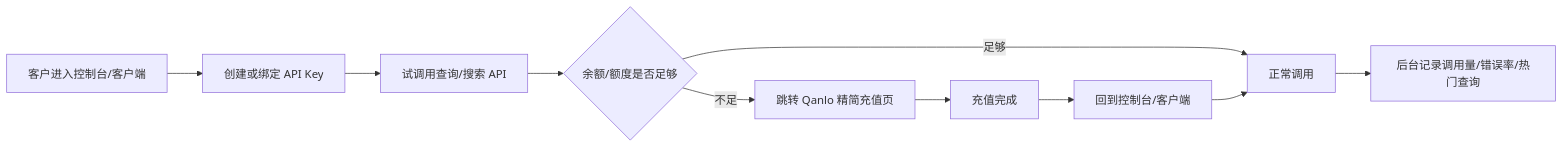
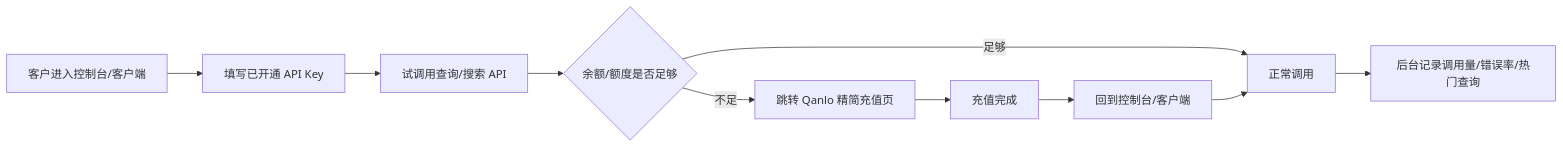
The first of 4 diagrams in docs/development-plan.md (harrychin-cn/chinese-poetry-api), drawn with Mermaid before and after one commit. The commit also changed other lines of this file and 12 other files, not shown here.

````diff
--- a/docs/development-plan.md
+++ b/docs/development-plan.md
@@ -146,12 +146,12 @@
 ```mermaid
 flowchart LR
-  A[客户进入控制台/客户端] --> B[创建或绑定 API Key]
+  A[客户进入控制台/客户端] --> B[填写已开通 API Key]
   B --> C[试调用查询/搜索 API]
   C --> D{余额/额度是否足够}
   D -- 足够 --> E[正常调用]
   D -- 不足 --> F[跳转 Qanlo 精简充值页]
   F --> G[充值完成]
   G --> H[回到控制台/客户端]
   H --> E
   E --> I[后台记录调用量/错误率/热门查询]
 ```
````
